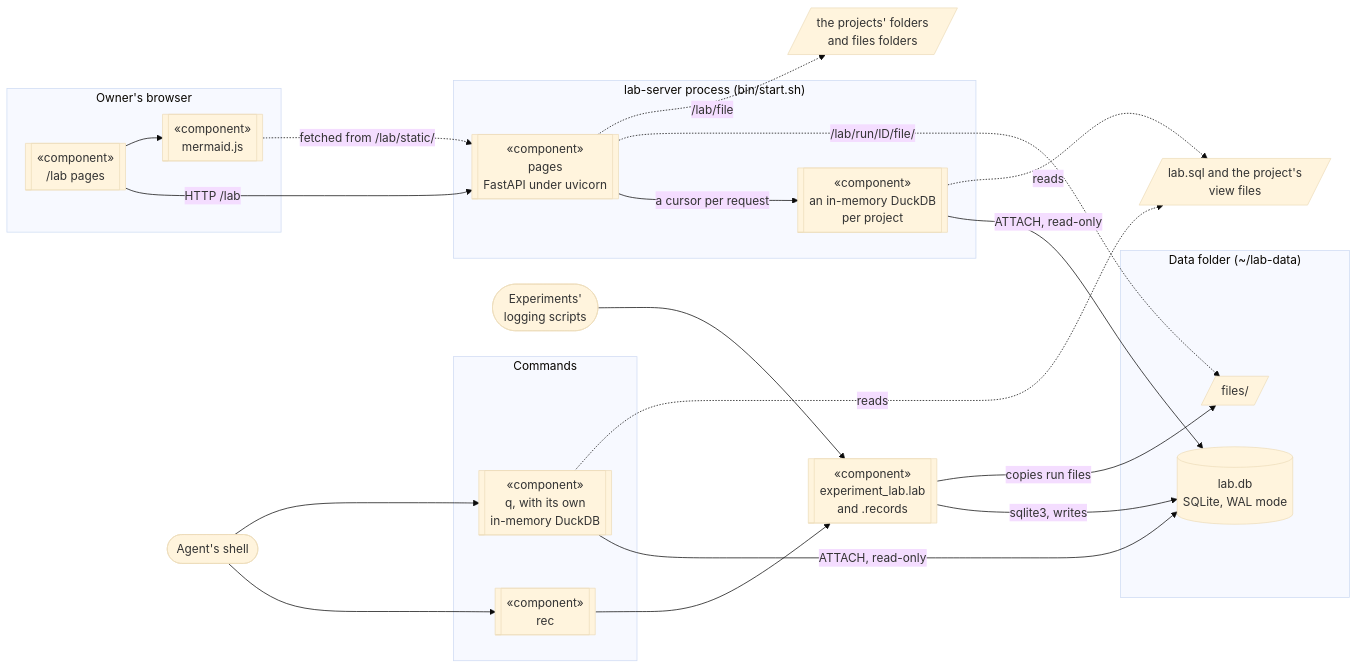
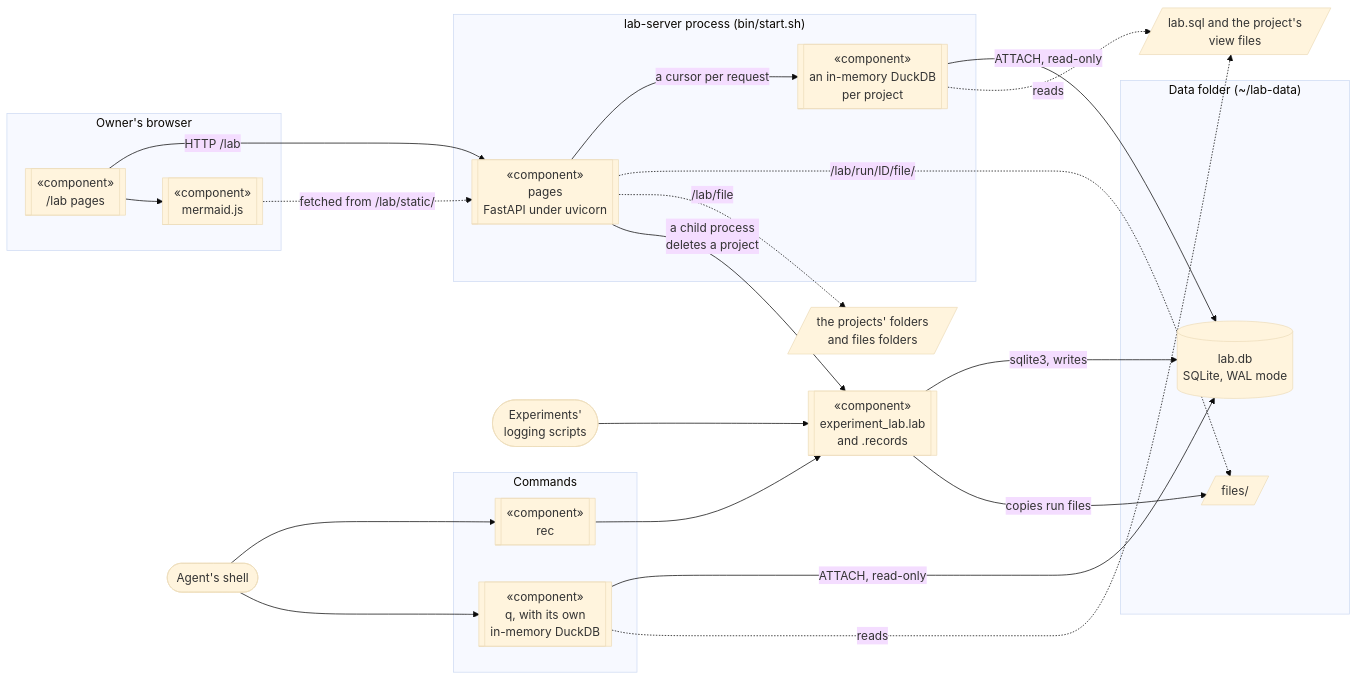
Before and after one commit to dgutson/experiment-lab: the diagram in README.md, drawn with Mermaid (base theme). The commit also changed other lines of this file and 5 other files, not shown here.

First line of the commit message:
Add a Projects page that lists every project and deletes one

````diff
--- a/README.md
+++ b/README.md
@@ -93,45 +104,46 @@
 ```mermaid
 flowchart LR
     subgraph browser["Owner's browser"]
         labpage[["«component»<br/>/lab pages"]]
         mermaid[["«component»<br/>mermaid.js"]]
     end
     shell(["Agent's shell"])
     scripts(["Experiments'<br/>logging scripts"])
 
     subgraph server["lab-server process (bin/start.sh)"]
         pages[["«component»<br/>pages<br/>FastAPI under uvicorn"]]
         pagesdb[["«component»<br/>an in-memory DuckDB<br/>per project"]]
     end
 
     subgraph commands["Commands"]
         rec[["«component»<br/>rec"]]
         q[["«component»<br/>q, with its own<br/>in-memory DuckDB"]]
     end
     lab[["«component»<br/>experiment_lab.lab<br/>and .records"]]
 
     subgraph data["Data folder (~/lab-data)"]
         labdb[("lab.db<br/>SQLite, WAL mode")]
         files[/"files/"/]
     end
 
     views[/"lab.sql and the project's<br/>view files"/]
     shown[/"the projects' folders<br/>and files folders"/]
 
     labpage -->|"HTTP /lab"| pages
     labpage --> mermaid
     mermaid -.->|"fetched from /lab/static/"| pages
     shell --> rec
     shell --> q
     rec --> lab
     scripts --> lab
     lab -->|"sqlite3, writes"| labdb
     lab -->|"copies run files"| files
     q -->|"ATTACH, read-only"| labdb
     q -.->|"reads"| views
     pages -->|"a cursor per request"| pagesdb
     pagesdb -->|"ATTACH, read-only"| labdb
     pagesdb -.->|"reads"| views
     pages -.->|"/lab/run/ID/file/"| files
     pages -.->|"/lab/file"| shown
+    pages -->|"a child process<br/>deletes a project"| lab
 ```
````
